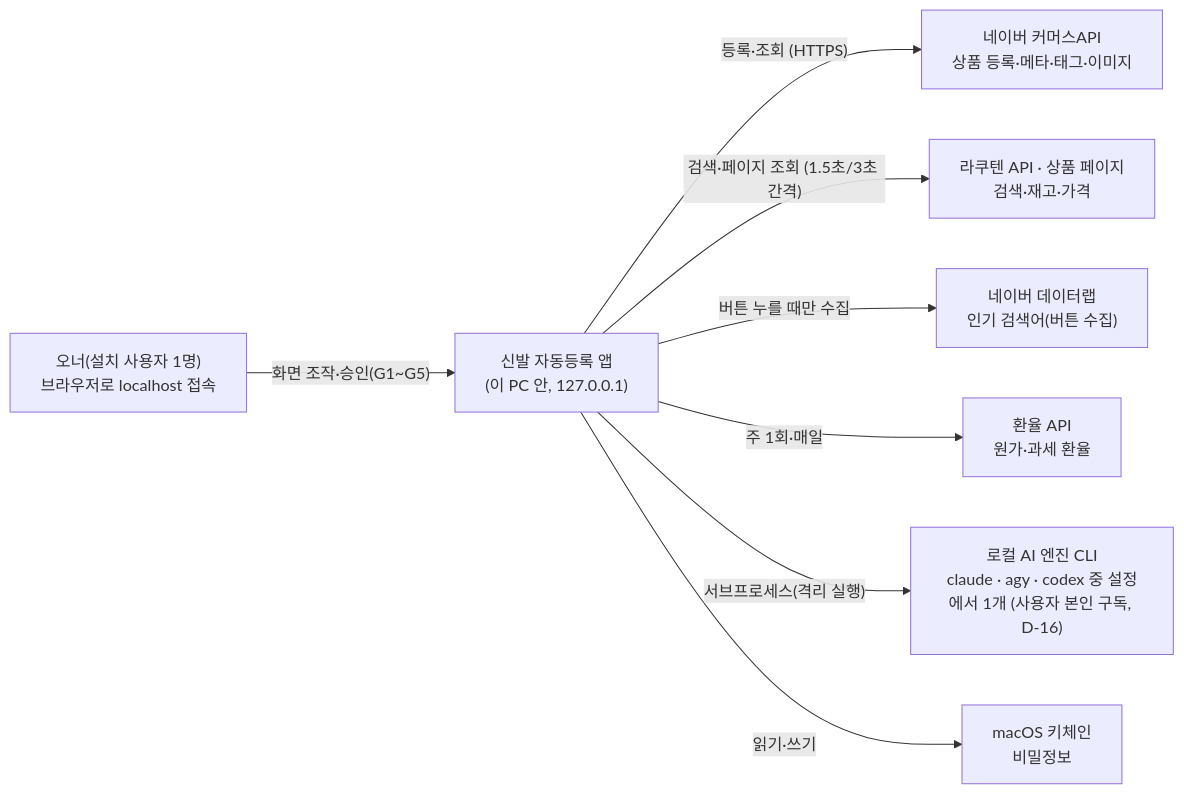
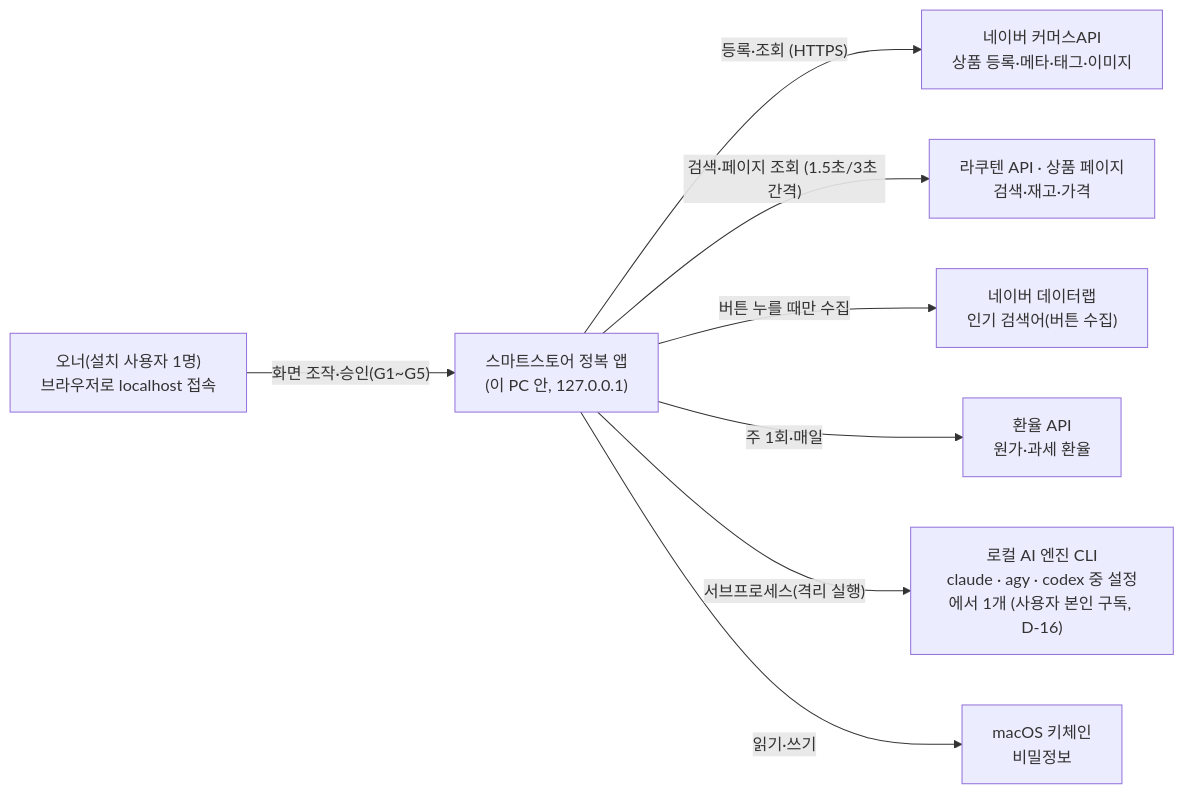
One commit to gogipa/authStore changed the first of 3 diagrams in docs/dev/03_아키텍처/03-2_C4다이어그램.md. Above: the diagram before and after it, drawn with Mermaid. The commit also changed 74 other files, not shown here.

````diff
--- a/docs/dev/03_아키텍처/03-2_C4다이어그램.md
+++ b/docs/dev/03_아키텍처/03-2_C4다이어그램.md
@@ -5,18 +5,18 @@
 ```mermaid
 flowchart LR
   owner["오너(설치 사용자 1명)<br/>브라우저로 localhost 접속"]
-  app["신발 자동등록 앱<br/>(이 PC 안, 127.0.0.1)"]
+  app["스마트스토어 정복 앱<br/>(이 PC 안, 127.0.0.1)"]
   naver["네이버 커머스API<br/>상품 등록·메타·태그·이미지"]
   rakuten["라쿠텐 API · 상품 페이지<br/>검색·재고·가격"]
   datalab["네이버 데이터랩<br/>인기 검색어(버튼 수집)"]
   fx["환율 API<br/>원가·과세 환율"]
   ai["로컬 AI 엔진 CLI<br/>claude · agy · codex 중 설정에서 1개 (사용자 본인 구독, D-16)"]
   kc["macOS 키체인<br/>비밀정보"]
   owner -->|"화면 조작·승인(G1~G5)"| app
   app -->|"등록·조회 (HTTPS)"| naver
   app -->|"검색·페이지 조회 (1.5초/3초 간격)"| rakuten
   app -->|"버튼 누를 때만 수집"| datalab
   app -->|"주 1회·매일"| fx
   app -->|"서브프로세스(격리 실행)"| ai
   app -->|"읽기·쓰기"| kc
 ```
````
